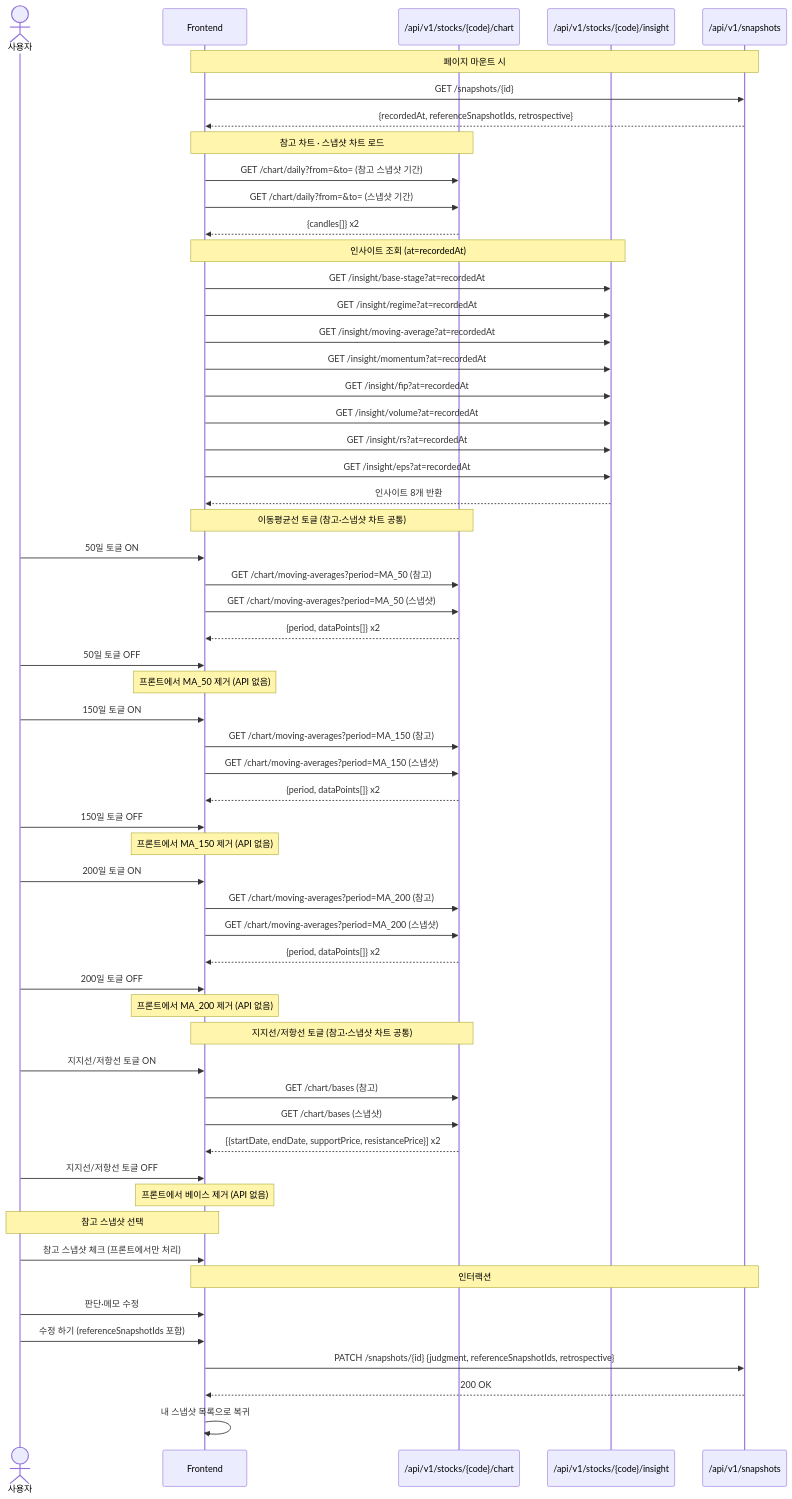
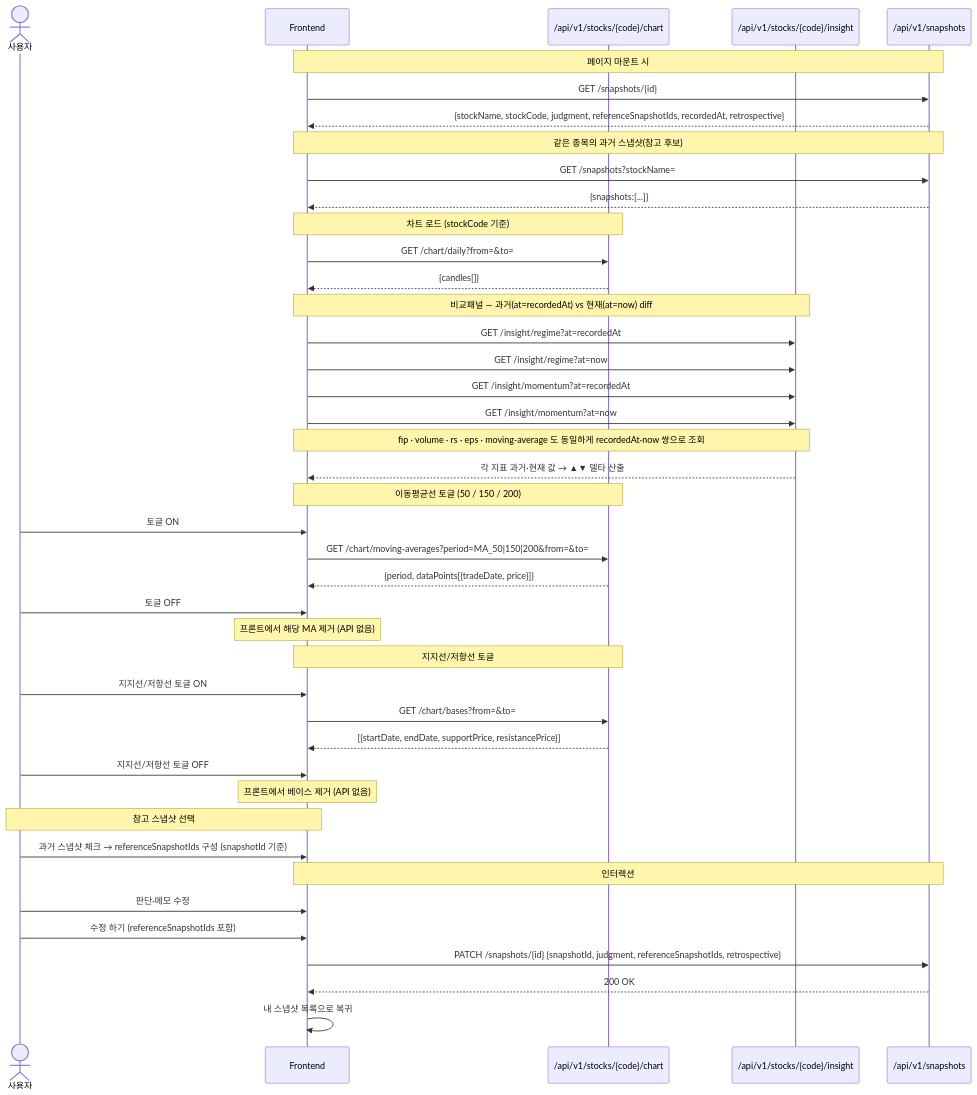
The seventh of 7 diagrams in docs/시퀀스 다이어그램.md (Burning-In/backend), drawn with Mermaid before and after one commit. The commit also changed other lines of this file, not shown here.

Commit message:
docs: 시퀀스 다이어그램 보완

````diff
--- a/docs/시퀀스 다이어그램.md
+++ b/docs/시퀀스 다이어그램.md
@@ -331,68 +326,52 @@
 ```mermaid
 sequenceDiagram
     actor U as 사용자
     participant FE as Frontend
     participant CHART as /api/v1/stocks/{code}/chart
     participant INSIGHT as /api/v1/stocks/{code}/insight
     participant SNAP as /api/v1/snapshots
 
     Note over FE,SNAP: 페이지 마운트 시
     FE->>SNAP: GET /snapshots/{id}
-    SNAP-->>FE: {recordedAt, referenceSnapshotIds, retrospective}
+    SNAP-->>FE: {stockName, stockCode, judgment, referenceSnapshotIds, recordedAt, retrospective}
 
-    Note over FE,CHART: 참고 차트 · 스냅샷 차트 로드
-    FE->>CHART: GET /chart/daily?from=&to= (참고 스냅샷 기간)
-    FE->>CHART: GET /chart/daily?from=&to= (스냅샷 기간)
-    CHART-->>FE: {candles[]} x2
+    Note over FE,SNAP: 같은 종목의 과거 스냅샷(참고 후보)
+    FE->>SNAP: GET /snapshots?stockName=
+    SNAP-->>FE: {snapshots:[...]}
 
-    Note over FE,INSIGHT: 인사이트 조회 (at=recordedAt)
-    FE->>INSIGHT: GET /insight/base-stage?at=recordedAt
+    Note over FE,CHART: 차트 로드 (stockCode 기준)
+    FE->>CHART: GET /chart/daily?from=&to=
+    CHART-->>FE: {candles[]}
+
+    Note over FE,INSIGHT: 비교패널 — 과거(at=recordedAt) vs 현재(at=now) diff
     FE->>INSIGHT: GET /insight/regime?at=recordedAt
-    FE->>INSIGHT: GET /insight/moving-average?at=recordedAt
+    FE->>INSIGHT: GET /insight/regime?at=now
     FE->>INSIGHT: GET /insight/momentum?at=recordedAt
-    FE->>INSIGHT: GET /insight/fip?at=recordedAt
-    FE->>INSIGHT: GET /insight/volume?at=recordedAt
-    FE->>INSIGHT: GET /insight/rs?at=recordedAt
-    FE->>INSIGHT: GET /insight/eps?at=recordedAt
-    INSIGHT-->>FE: 인사이트 8개 반환
+    FE->>INSIGHT: GET /insight/momentum?at=now
+    Note over FE,INSIGHT: fip · volume · rs · eps · moving-average 도 동일하게 recordedAt·now 쌍으로 조회
+    INSIGHT-->>FE: 각 지표 과거·현재 값 → ▲▼ 델타 산출
 
-    Note over FE,CHART: 이동평균선 토글 (참고·스냅샷 차트 공통)
-    U->>FE: 50일 토글 ON
-    FE->>CHART: GET /chart/moving-averages?period=MA_50 (참고)
-    FE->>CHART: GET /chart/moving-averages?period=MA_50 (스냅샷)
-    CHART-->>FE: {period, dataPoints[]} x2
-    U->>FE: 50일 토글 OFF
-    Note over FE: 프론트에서 MA_50 제거 (API 없음)
+    Note over FE,CHART: 이동평균선 토글 (50 / 150 / 200)
+    U->>FE: 토글 ON
+    FE->>CHART: GET /chart/moving-averages?period=MA_50|150|200&from=&to=
+    CHART-->>FE: {period, dataPoints[{tradeDate, price}]}
+    U->>FE: 토글 OFF
+    Note over FE: 프론트에서 해당 MA 제거 (API 없음)
 
-    U->>FE: 150일 토글 ON
-    FE->>CHART: GET /chart/moving-averages?period=MA_150 (참고)
-    FE->>CHART: GET /chart/moving-averages?period=MA_150 (스냅샷)
-    CHART-->>FE: {period, dataPoints[]} x2
-    U->>FE: 150일 토글 OFF
-    Note over FE: 프론트에서 MA_150 제거 (API 없음)
-
-    U->>FE: 200일 토글 ON
-    FE->>CHART: GET /chart/moving-averages?period=MA_200 (참고)
-    FE->>CHART: GET /chart/moving-averages?period=MA_200 (스냅샷)
-    CHART-->>FE: {period, dataPoints[]} x2
-    U->>FE: 200일 토글 OFF
-    Note over FE: 프론트에서 MA_200 제거 (API 없음)
-
-    Note over FE,CHART: 지지선/저항선 토글 (참고·스냅샷 차트 공통)
+    Note over FE,CHART: 지지선/저항선 토글
     U->>FE: 지지선/저항선 토글 ON
-    FE->>CHART: GET /chart/bases (참고)
-    FE->>CHART: GET /chart/bases (스냅샷)
-    CHART-->>FE: [{startDate, endDate, supportPrice, resistancePrice}] x2
+    FE->>CHART: GET /chart/bases?from=&to=
+    CHART-->>FE: [{startDate, endDate, supportPrice, resistancePrice}]
     U->>FE: 지지선/저항선 토글 OFF
     Note over FE: 프론트에서 베이스 제거 (API 없음)
 
     Note over U,FE: 참고 스냅샷 선택
-    U->>FE: 참고 스냅샷 체크 (프론트에서만 처리)
+    U->>FE: 과거 스냅샷 체크 → referenceSnapshotIds 구성 (snapshotId 기준)
 
     Note over FE,SNAP: 인터랙션
     U->>FE: 판단·메모 수정
     U->>FE: 수정 하기 (referenceSnapshotIds 포함)
-    FE->>SNAP: PATCH /snapshots/{id} {judgment, referenceSnapshotIds, retrospective}
+    FE->>SNAP: PATCH /snapshots/{id} {snapshotId, judgment, referenceSnapshotIds, retrospective}
     SNAP-->>FE: 200 OK
     FE->>FE: 내 스냅샷 목록으로 복귀
 ```
````
